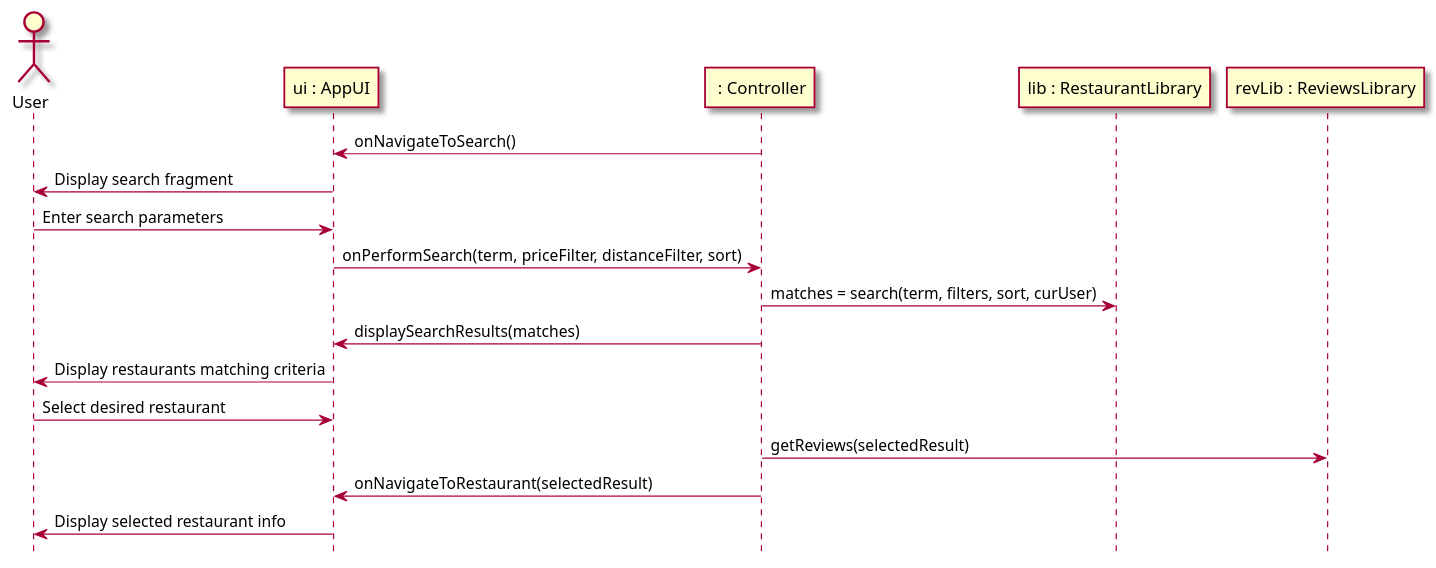
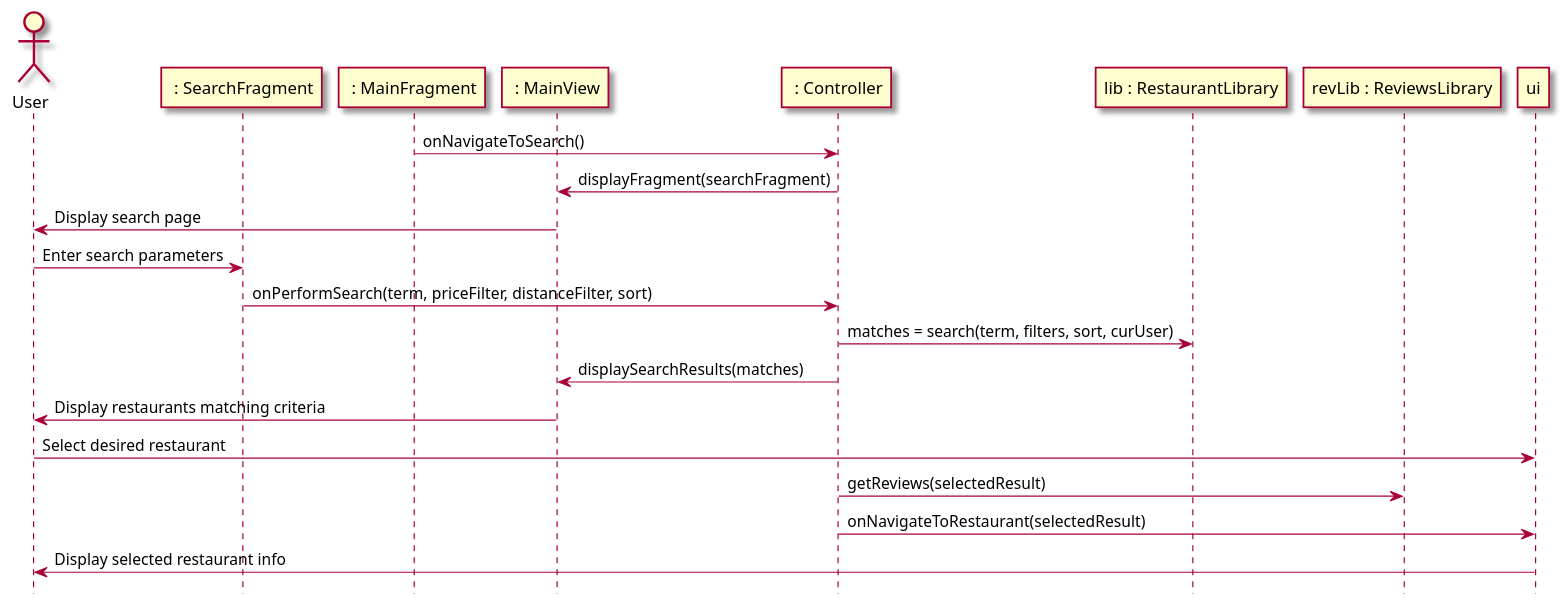
Before and after one commit to tanwasp/LunchBox-Android: the first of 4 diagrams in intellij/doc/design.md, drawn with PlantUML. The commit also changed other lines of this file and 2 other files, not shown here.

Commit message:
Restaurant unit test

````diff
--- a/intellij/doc/design.md
+++ b/intellij/doc/design.md
@@ -5,24 +5,27 @@
 ```plantuml
 @startuml
 hide footbox
 skin rose
 
 actor User as user
-participant "ui : AppUI" as ui
+participant " : SearchFragment" as searchFrag
+participant " : MainFragment" as homeFrag
+participant " : MainView" as mainView
 participant " : Controller" as controller
 participant "lib : RestaurantLibrary" as lib
 participant "revLib : ReviewsLibrary" as revLib
 
-controller -> ui: onNavigateToSearch()
-ui -> user : Display search fragment
-user -> ui : Enter search parameters
-ui -> controller : onPerformSearch(term, priceFilter, distanceFilter, sort)
+homeFrag -> controller : onNavigateToSearch()
+controller -> mainView : displayFragment(searchFragment)
+mainView -> user : Display search page
+user -> searchFrag : Enter search parameters
+searchFrag -> controller : onPerformSearch(term, priceFilter, distanceFilter, sort)
 controller -> lib : matches = search(term, filters, sort, curUser)
-controller -> ui : displaySearchResults(matches)
-ui -> user : Display restaurants matching criteria
+controller -> mainView : displaySearchResults(matches)
+mainView -> user : Display restaurants matching criteria
 user -> ui : Select desired restaurant
 controller -> revLib : getReviews(selectedResult)
 controller -> ui : onNavigateToRestaurant(selectedResult)
 ui -> user : Display selected restaurant info
 @enduml
 ```
````
